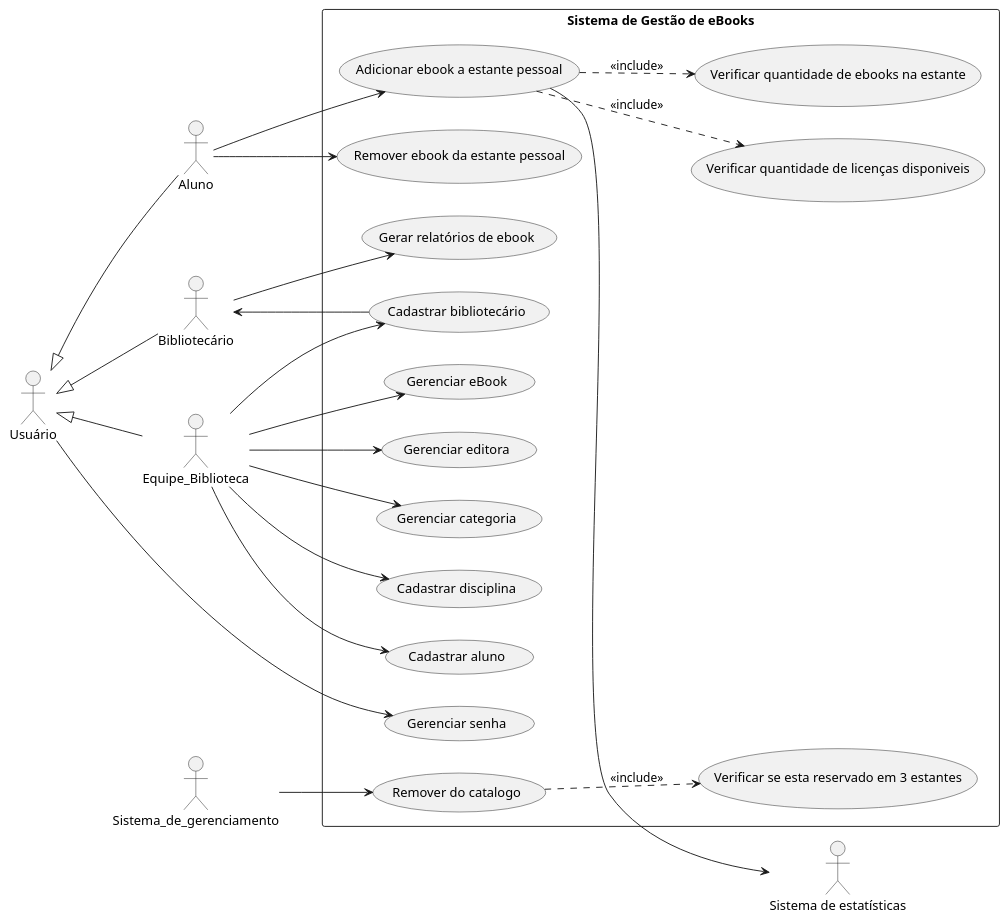
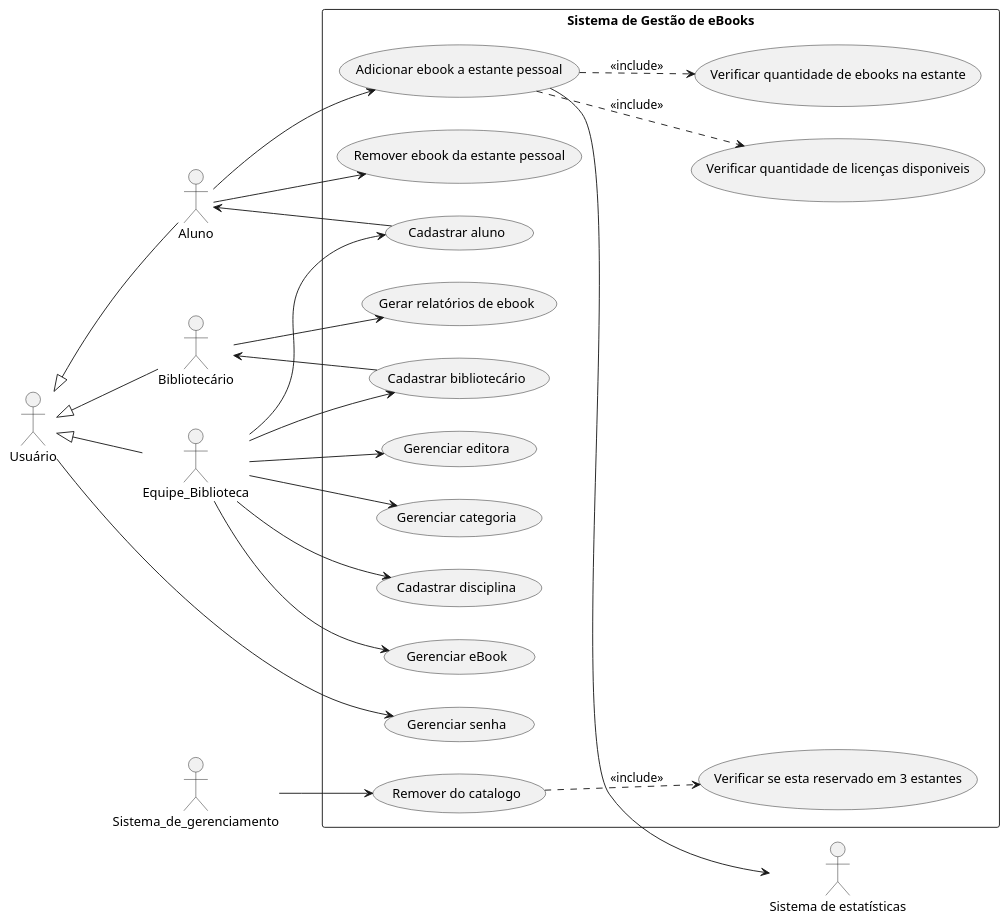
One commit to brunokilo/lab01-ebooks-biblioteca changed the diagram in docs/diagramas/casos-de-uso.puml. Above: the diagram before and after it, drawn with PlantUML.

Commit message:
diagramas: adiciona relação entre caso de uso "Cadastrar aluno" e ator Aluno

```diff
--- a/docs/diagramas/casos-de-uso.puml
+++ b/docs/diagramas/casos-de-uso.puml
@@ -1,53 +1,54 @@
 @startuml
 left to right direction
 skinparam packageStyle rectangle
 
 actor "Usuário" as Usuario
 actor Aluno
 actor "Bibliotecário" as Bibliotecario
 actor Equipe_Biblioteca
 actor Sistema_de_gerenciamento
 actor "Sistema de estatísticas" as Sistema_de_estatisticas
 
 rectangle "Sistema de Gestão de eBooks" {
   usecase "Gerenciar senha" as UC01
   usecase "Adicionar ebook a estante pessoal" as UC02
   usecase "Remover ebook da estante pessoal" as UC03
   usecase "Gerar relatórios de ebook" as UC04
   usecase "Gerenciar eBook" as UC05
   usecase "Gerenciar editora" as UC06
   usecase "Gerenciar categoria" as UC07
   usecase "Cadastrar disciplina" as UC08
   usecase "Remover do catalogo" as UC09
   usecase "Verificar se esta reservado em 3 estantes" as UC10
   usecase "Verificar quantidade de ebooks na estante" as UC11
   usecase "Verificar quantidade de licenças disponiveis" as UC12
   usecase "Cadastrar aluno" as UC13
   usecase "Cadastrar bibliotecário" as UC14
 }
 
 Usuario <|-- Equipe_Biblioteca 
 Usuario <|-- Bibliotecario 
 Usuario <|-- Aluno 
 
 Usuario --> (UC01)
 
 Equipe_Biblioteca --> (UC05)
 Equipe_Biblioteca --> (UC06)
 Equipe_Biblioteca --> (UC07)
 Equipe_Biblioteca --> (UC08)
 Equipe_Biblioteca --> (UC13)
 Equipe_Biblioteca --> (UC14)
+UC13 --> Aluno
 UC14 --> Bibliotecario
 
 Bibliotecario --> (UC04)
 
 Aluno --> (UC02)
 (UC02)..> (UC11) : <<include>>
 (UC02)..> (UC12) : <<include>>
 (UC02)--> Sistema_de_estatisticas
 Aluno --> (UC03)
 
 Sistema_de_gerenciamento --> (UC09)
 (UC09)..> (UC10) : <<include>>
 @enduml
```
